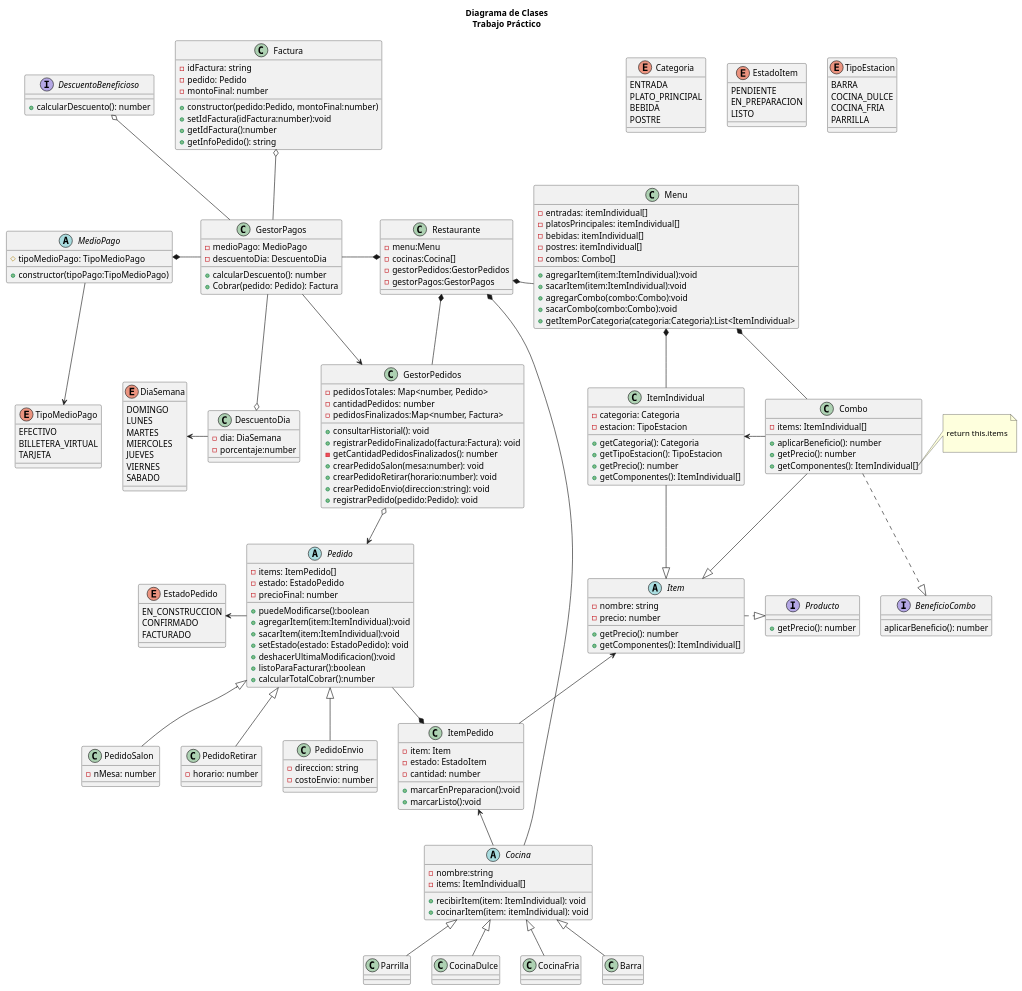
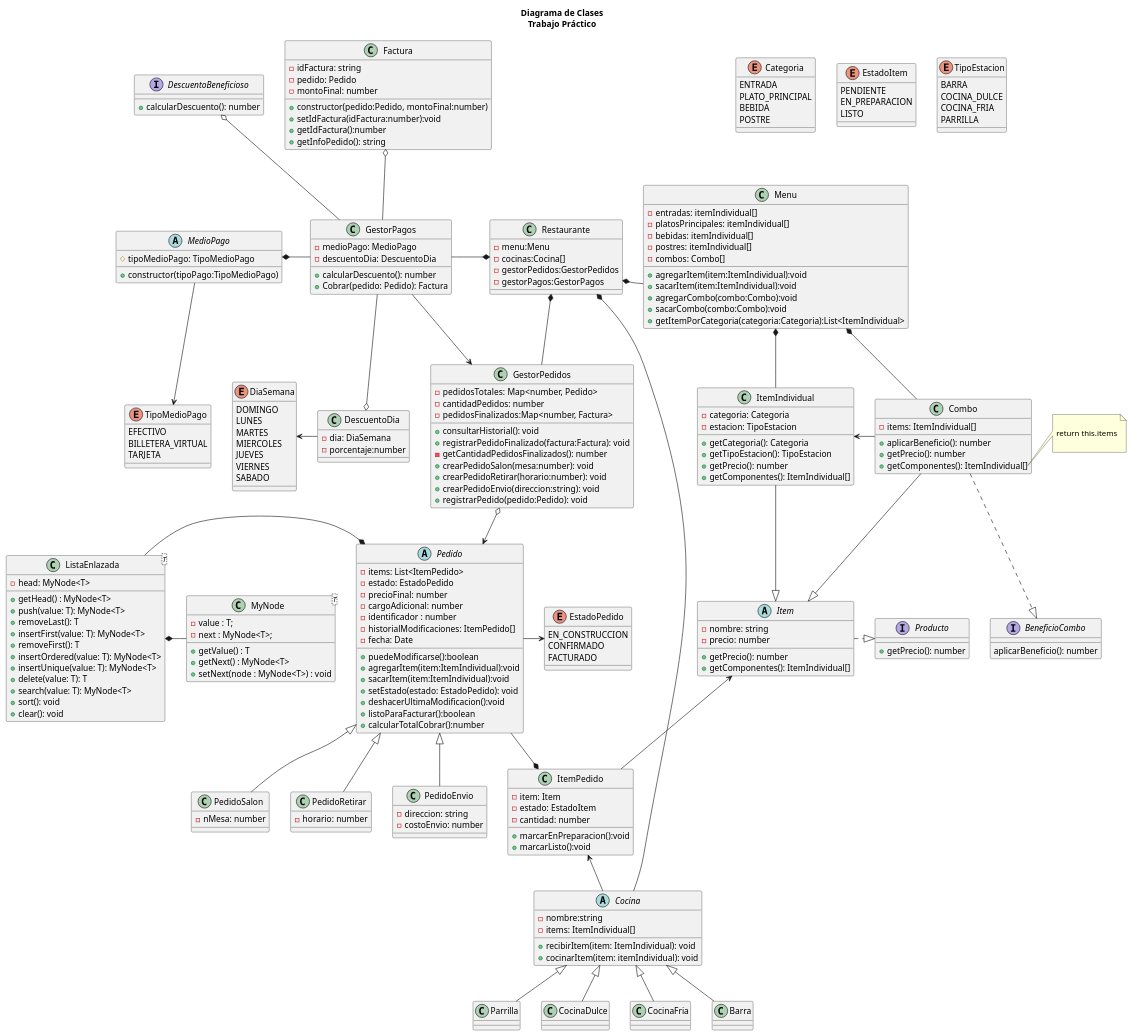
The diagram in diagrama/diagrama.puml (crstian8819/tp-grupo-11), drawn with PlantUML before and after one commit.

Commit message:
Deshacer última modificación en Diagrama

```diff
--- a/diagrama/diagrama.puml
+++ b/diagrama/diagrama.puml
@@ -55,9 +55,17 @@
 
     abstract class Pedido {
         ' -idPedido: number
-        -items: ItemPedido[]
+        '-items: ItemPedido[]
+        '-estado: EstadoPedido
+        '-precioFinal: number
+
+        -items: List<ItemPedido>
         -estado: EstadoPedido
         -precioFinal: number
+        -cargoAdicional: number
+        -identificador : number
+        -historialModificaciones: ItemPedido[]
+        -fecha: Date
 
         +puedeModificarse():boolean
         +agregarItem(item:ItemIndividual):void
@@ -83,6 +91,28 @@
         -costoEnvio: number
     }
 
+    class ListaEnlazada<T> {
+        -head: MyNode<T>
+        +getHead() : MyNode<T>
+        +push(value: T): MyNode<T>
+        +removeLast(): T
+        +insertFirst(value: T): MyNode<T>
+        +removeFirst(): T
+        +insertOrdered(value: T): MyNode<T>
+        +insertUnique(value: T): MyNode<T>
+        +delete(value: T): T
+        +search(value: T): MyNode<T>
+        +sort(): void
+        +clear(): void
+    }
+
+    class MyNode<T> {
+        -value : T;
+        -next : MyNode<T>;
+        +getValue() : T
+        +getNext() : MyNode<T>
+        +setNext(node : MyNode<T>) : void
+    }
     '------------ MENU / PRODUCTOS -------------
 
     class Menu {
@@ -230,7 +260,9 @@
     Pedido <|-d- PedidoRetirar
     Pedido <|-d- PedidoEnvio
     Pedido --* ItemPedido
-    Pedido -l-> EstadoPedido
+    Pedido -r-> EstadoPedido
+    Pedido *-l- ListaEnlazada
+    ListaEnlazada *-r- MyNode
 
 'MENU
     Menu *-- ItemIndividual
```
